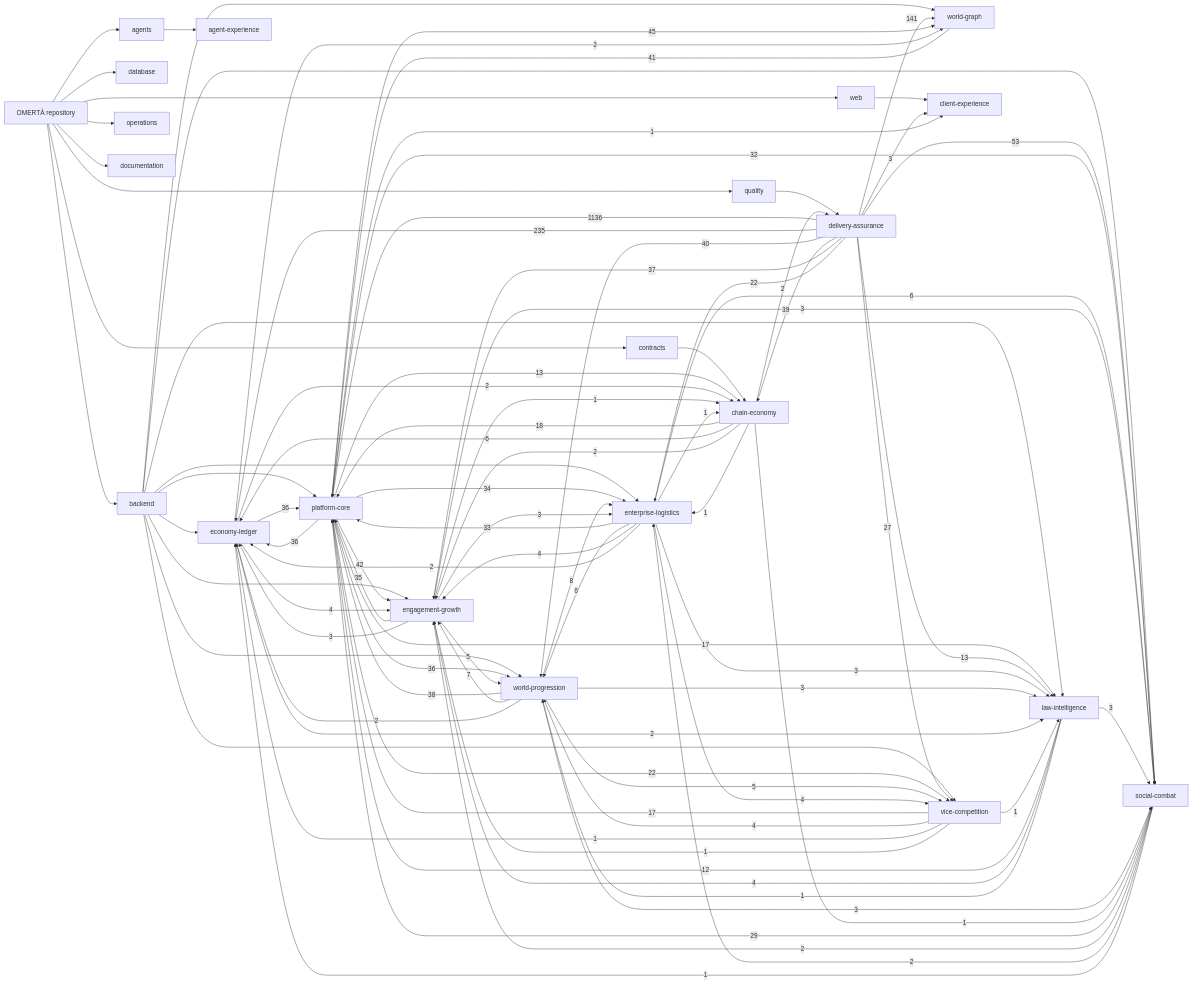
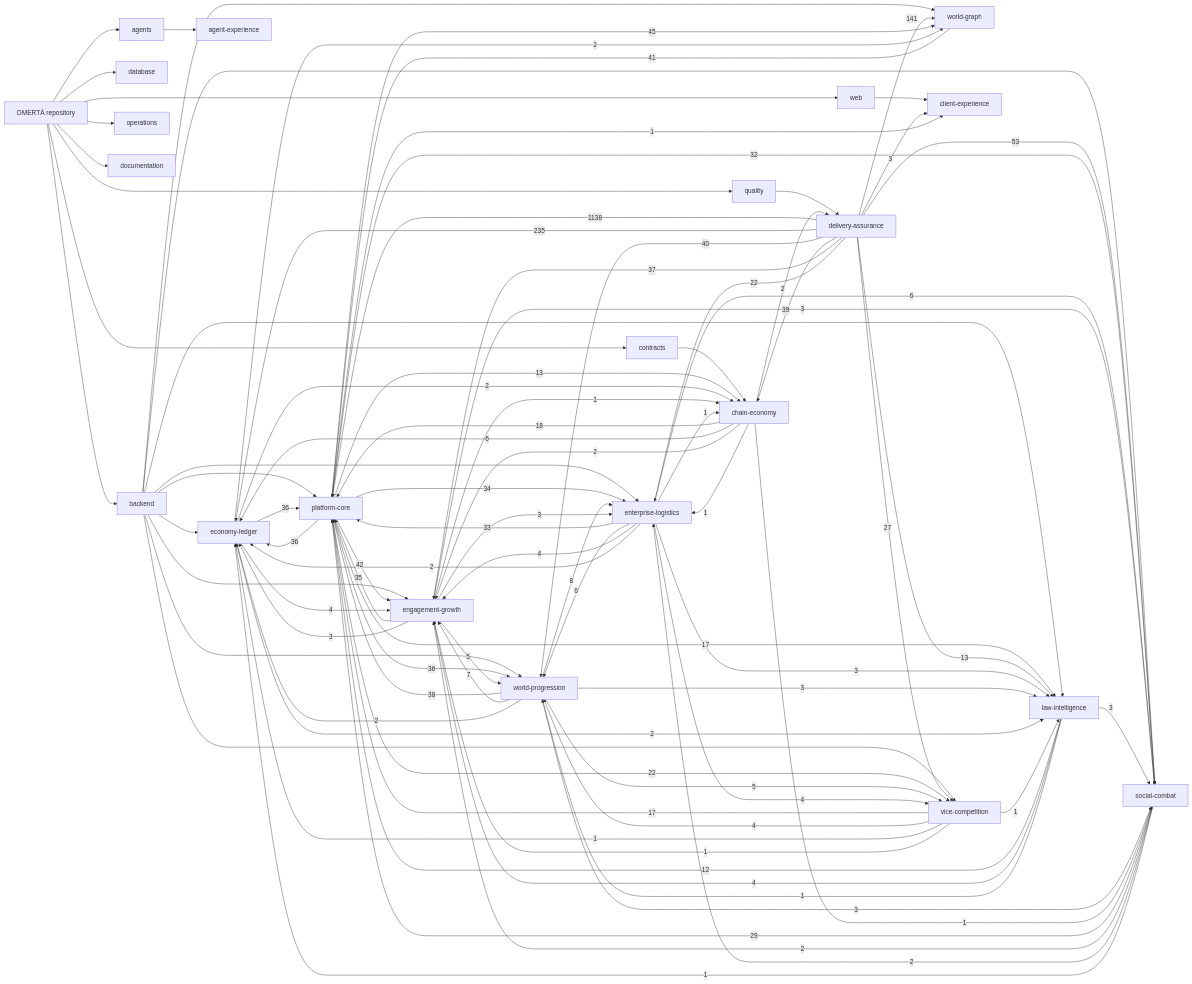
One commit to OmertaDev/Omerta changed the diagram in knowledge/generated/graph.mmd. Above: the diagram before and after it, drawn with Mermaid. The commit also changed 6 other files, not shown here.

```diff
--- a/knowledge/generated/graph.mmd
+++ b/knowledge/generated/graph.mmd
@@ -1,111 +1,111 @@
 flowchart LR
   repo["OMERTÀ repository"]
   sub_backend["backend"]
   repo --> sub_backend
   sub_database["database"]
   repo --> sub_database
   sub_web["web"]
   repo --> sub_web
   sub_contracts["contracts"]
   repo --> sub_contracts
   sub_agents["agents"]
   repo --> sub_agents
   sub_quality["quality"]
   repo --> sub_quality
   sub_operations["operations"]
   repo --> sub_operations
   sub_documentation["documentation"]
   repo --> sub_documentation
   dom_platform-core["platform-core"]
   dom_economy-ledger["economy-ledger"]
   dom_social-combat["social-combat"]
   dom_world-progression["world-progression"]
   dom_world-graph["world-graph"]
   dom_enterprise-logistics["enterprise-logistics"]
   dom_vice-competition["vice-competition"]
   dom_law-intelligence["law-intelligence"]
   dom_chain-economy["chain-economy"]
   dom_engagement-growth["engagement-growth"]
   dom_client-experience["client-experience"]
   dom_agent-experience["agent-experience"]
   dom_delivery-assurance["delivery-assurance"]
   sub_agents --> dom_agent-experience
   sub_backend --> dom_economy-ledger
   sub_backend --> dom_engagement-growth
   sub_backend --> dom_enterprise-logistics
   sub_backend --> dom_law-intelligence
   sub_backend --> dom_platform-core
   sub_backend --> dom_social-combat
   sub_backend --> dom_vice-competition
   sub_backend --> dom_world-graph
   sub_backend --> dom_world-progression
   sub_contracts --> dom_chain-economy
   sub_quality --> dom_delivery-assurance
   sub_web --> dom_client-experience
-  dom_delivery-assurance -->|1136| dom_platform-core
+  dom_delivery-assurance -->|1138| dom_platform-core
   dom_delivery-assurance -->|235| dom_economy-ledger
   dom_delivery-assurance -->|141| dom_world-graph
   dom_delivery-assurance -->|53| dom_social-combat
   dom_platform-core -->|45| dom_world-graph
   dom_platform-core -->|42| dom_engagement-growth
   dom_world-graph -->|41| dom_platform-core
   dom_delivery-assurance -->|40| dom_world-progression
   dom_delivery-assurance -->|39| dom_chain-economy
   dom_world-progression -->|38| dom_platform-core
   dom_delivery-assurance -->|37| dom_engagement-growth
   dom_economy-ledger -->|36| dom_platform-core
   dom_platform-core -->|36| dom_economy-ledger
   dom_platform-core -->|36| dom_world-progression
   dom_engagement-growth -->|35| dom_platform-core
   dom_platform-core -->|34| dom_enterprise-logistics
   dom_enterprise-logistics -->|33| dom_platform-core
   dom_platform-core -->|32| dom_social-combat
   dom_social-combat -->|29| dom_platform-core
   dom_delivery-assurance -->|27| dom_vice-competition
   dom_delivery-assurance -->|22| dom_enterprise-logistics
   dom_platform-core -->|22| dom_vice-competition
   dom_chain-economy -->|18| dom_platform-core
   dom_platform-core -->|17| dom_law-intelligence
   dom_vice-competition -->|17| dom_platform-core
   dom_delivery-assurance -->|13| dom_law-intelligence
   dom_platform-core -->|13| dom_chain-economy
   dom_law-intelligence -->|12| dom_platform-core
   dom_world-progression -->|8| dom_enterprise-logistics
   dom_world-progression -->|7| dom_engagement-growth
   dom_chain-economy -->|6| dom_economy-ledger
   dom_enterprise-logistics -->|6| dom_social-combat
   dom_enterprise-logistics -->|6| dom_world-progression
   dom_engagement-growth -->|5| dom_world-progression
   dom_world-progression -->|5| dom_vice-competition
   dom_economy-ledger -->|4| dom_engagement-growth
   dom_enterprise-logistics -->|4| dom_engagement-growth
   dom_enterprise-logistics -->|4| dom_vice-competition
   dom_law-intelligence -->|4| dom_engagement-growth
   dom_vice-competition -->|4| dom_world-progression
   dom_delivery-assurance -->|3| dom_client-experience
   dom_engagement-growth -->|3| dom_economy-ledger
   dom_engagement-growth -->|3| dom_enterprise-logistics
   dom_engagement-growth -->|3| dom_social-combat
   dom_enterprise-logistics -->|3| dom_law-intelligence
   dom_law-intelligence -->|3| dom_social-combat
   dom_world-progression -->|3| dom_law-intelligence
   dom_world-progression -->|3| dom_social-combat
   dom_chain-economy -->|2| dom_delivery-assurance
   dom_chain-economy -->|2| dom_engagement-growth
   dom_economy-ledger -->|2| dom_chain-economy
   dom_economy-ledger -->|2| dom_law-intelligence
   dom_economy-ledger -->|2| dom_world-graph
   dom_enterprise-logistics -->|2| dom_economy-ledger
   dom_social-combat -->|2| dom_engagement-growth
   dom_social-combat -->|2| dom_enterprise-logistics
   dom_world-progression -->|2| dom_economy-ledger
   dom_chain-economy -->|1| dom_enterprise-logistics
   dom_chain-economy -->|1| dom_social-combat
   dom_engagement-growth -->|1| dom_chain-economy
   dom_enterprise-logistics -->|1| dom_chain-economy
   dom_law-intelligence -->|1| dom_world-progression
   dom_platform-core -->|1| dom_client-experience
   dom_social-combat -->|1| dom_economy-ledger
   dom_vice-competition -->|1| dom_economy-ledger
   dom_vice-competition -->|1| dom_engagement-growth
   dom_vice-competition -->|1| dom_law-intelligence
```
